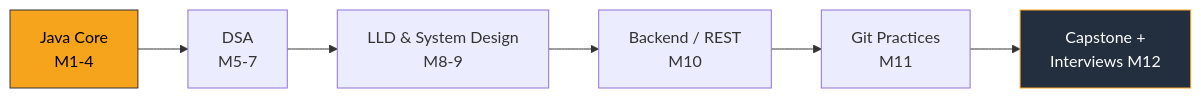
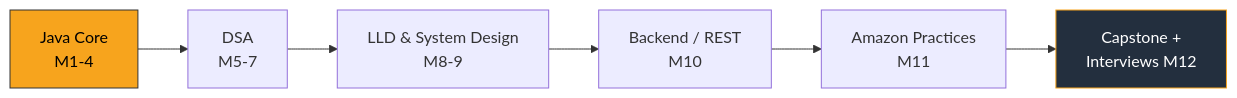
The diagram in README.md (rubeshsv/java-developer-bible), drawn with Mermaid before and after one commit. The commit also changed other lines of this file, not shown here.

````diff
--- a/README.md
+++ b/README.md
@@ -36,10 +36,10 @@
 ```mermaid
 graph LR
     A[Java Core<br/>M1-4] --> B[DSA<br/>M5-7]
     B --> C[LLD & System Design<br/>M8-9]
     C --> D[Backend / REST<br/>M10]
-    D --> E[Git Practices<br/>M11]
+    D --> E[Amazon Practices<br/>M11]
     E --> F[Capstone +<br/>Interviews M12]
     style A fill:#F7A41D,stroke:#333,color:#000
     style F fill:#232F3E,stroke:#F7A41D,color:#fff
 ```
````
